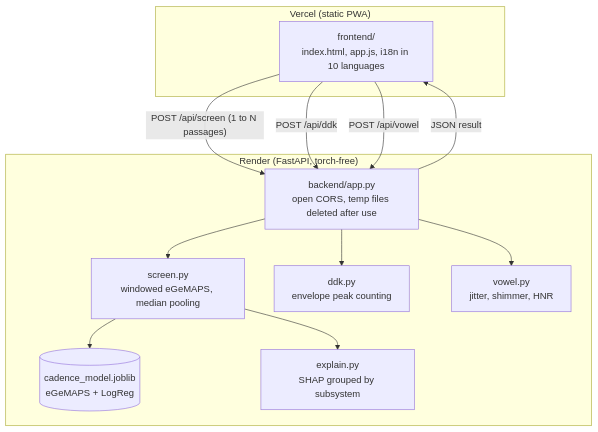
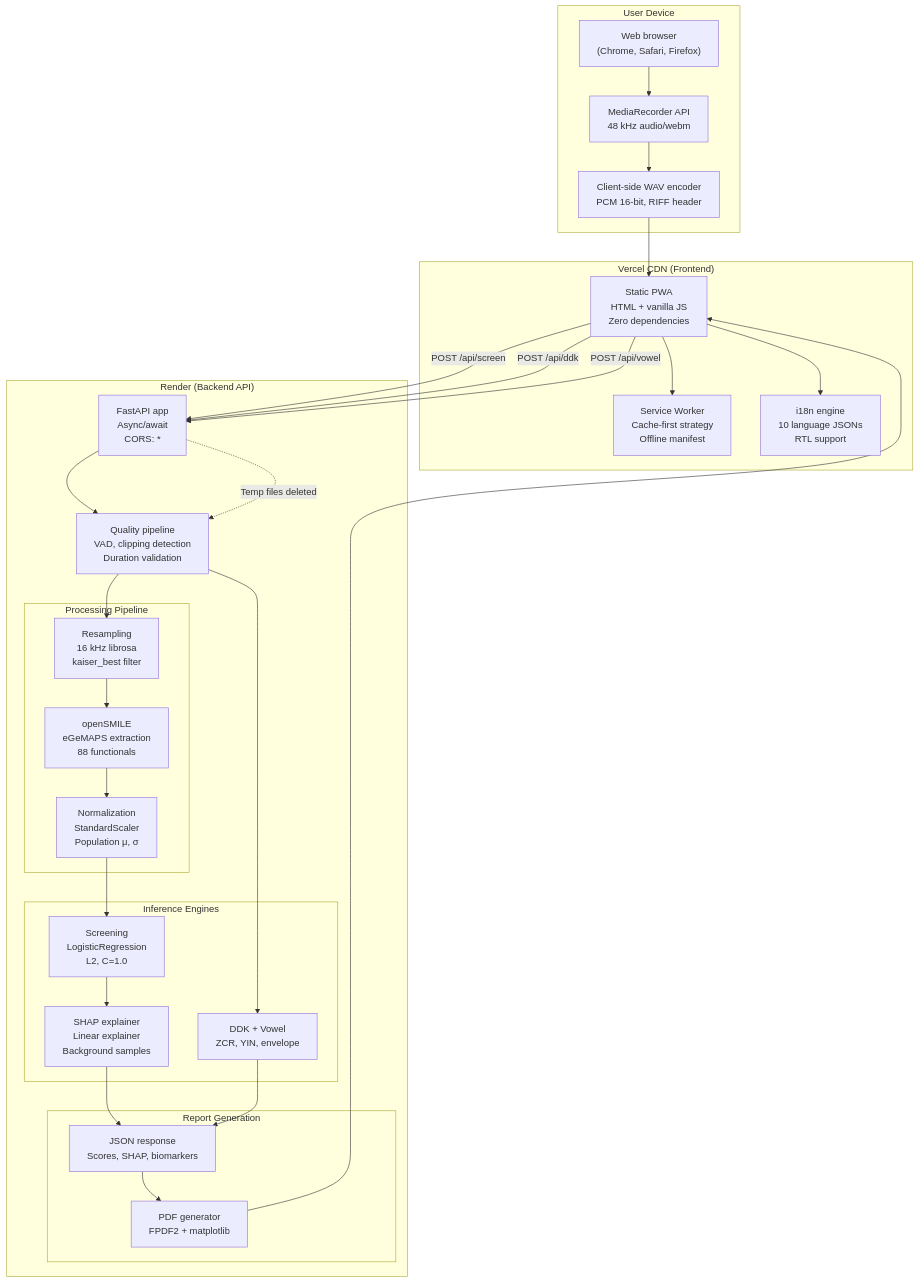
One commit to ahammadshawki8/CADENCE changed the sixth of 6 diagrams in README.md. Above: the diagram before and after it, drawn with Mermaid. The commit also changed other lines of this file and 3 other files, not shown here.

````diff
--- a/README.md
+++ b/README.md
@@ -125,22 +373,57 @@
 ```mermaid
 flowchart TD
-    subgraph Vercel["Vercel (static PWA)"]
-        FE["frontend/<br/>index.html, app.js, i18n in 10 languages"]
+    subgraph Client["User Device"]
+        BROWSER["Web browser<br/>(Chrome, Safari, Firefox)"]
+        MIC["MediaRecorder API<br/>48 kHz audio/webm"]
+        WAV["Client-side WAV encoder<br/>PCM 16-bit, RIFF header"]
     end
-    subgraph Render["Render (FastAPI, torch-free)"]
-        API["backend/app.py<br/>open CORS, temp files deleted after use"]
-        SCR["screen.py<br/>windowed eGeMAPS, median pooling"]
-        DDK["ddk.py<br/>envelope peak counting"]
-        VOW["vowel.py<br/>jitter, shimmer, HNR"]
-        MODEL[("cadence_model.joblib<br/>eGeMAPS + LogReg")]
-        EXP["explain.py<br/>SHAP grouped by subsystem"]
+    
+    subgraph Vercel["Vercel CDN (Frontend)"]
+        FE["Static PWA<br/>HTML + vanilla JS<br/>Zero dependencies"]
+        SW["Service Worker<br/>Cache-first strategy<br/>Offline manifest"]
+        I18N["i18n engine<br/>10 language JSONs<br/>RTL support"]
     end
-    FE -->|"POST /api/screen (1 to N passages)"| API
+    
+    subgraph Render["Render (Backend API)"]
+        API["FastAPI app<br/>Async/await<br/>CORS: *"]
+        GATE["Quality pipeline<br/>VAD, clipping detection<br/>Duration validation"]
+        
+        subgraph Inference["Processing Pipeline"]
+            RESAMP["Resampling<br/>16 kHz librosa<br/>kaiser_best filter"]
+            EGEM["openSMILE<br/>eGeMAPS extraction<br/>88 functionals"]
+            NORM["Normalization<br/>StandardScaler<br/>Population μ, σ"]
+        end
+        
+        subgraph Models["Inference Engines"]
+            MODEL["Screening<br/>LogisticRegression<br/>L2, C=1.0"]
+            SHAP_["SHAP explainer<br/>Linear explainer<br/>Background samples"]
+            TASKS["DDK + Vowel<br/>ZCR, YIN, envelope"]
+        end
+        
+        subgraph Report["Report Generation"]
+            JSON["JSON response<br/>Scores, SHAP, biomarkers"]
+            PDF["PDF generator<br/>FPDF2 + matplotlib"]
+        end
+    end
+    
+    BROWSER --> MIC --> WAV
+    WAV --> FE
+    FE --> SW
+    FE --> I18N
+    
+    FE -->|"POST /api/screen"| API
     FE -->|"POST /api/ddk"| API
     FE -->|"POST /api/vowel"| API
-    API --> SCR --> MODEL
-    SCR --> EXP
-    API --> DDK
-    API --> VOW
-    API -->|"JSON result"| FE
+    
+    API --> GATE
+    GATE --> RESAMP --> EGEM --> NORM
+    NORM --> MODEL --> SHAP_
+    GATE --> TASKS
+    
+    SHAP_ --> JSON
+    TASKS --> JSON
+    JSON --> PDF
+    PDF --> FE
+    
+    API -.->|"Temp files deleted"| GATE
 ```
````
